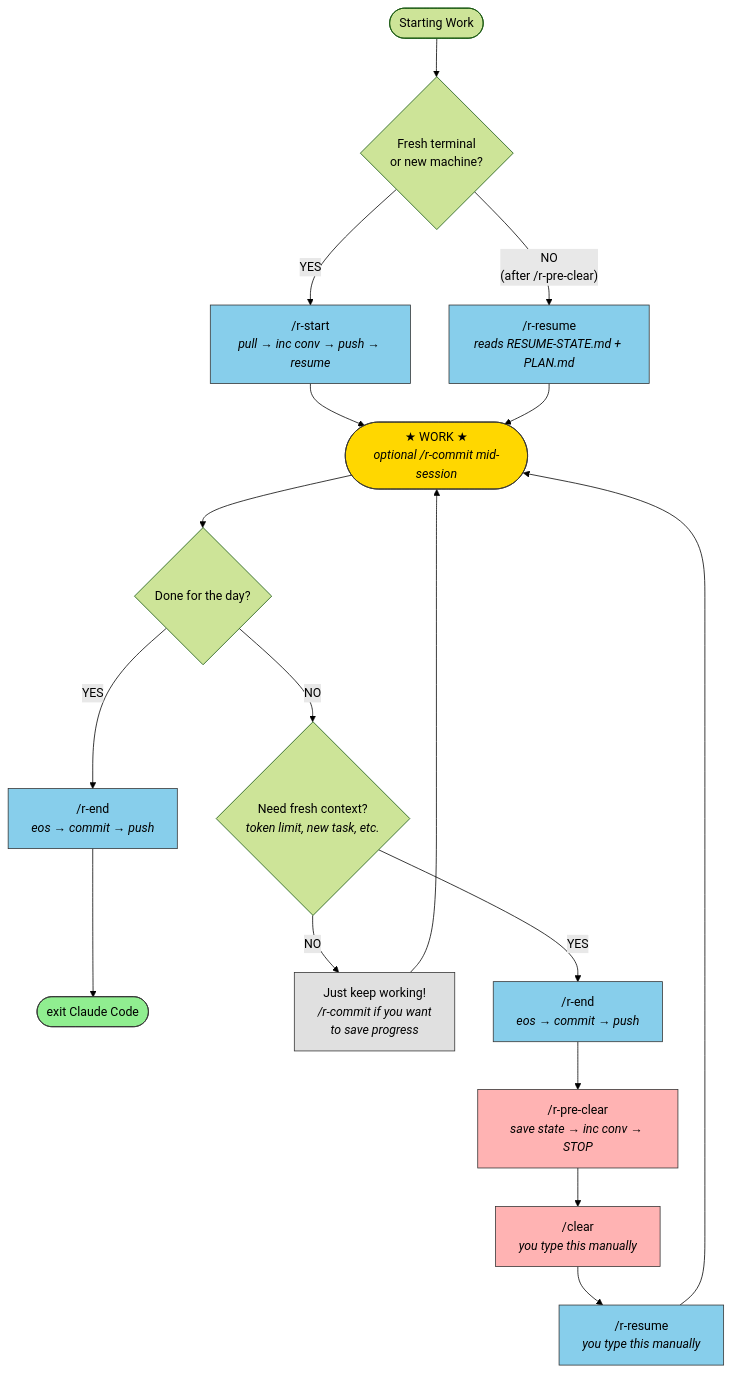
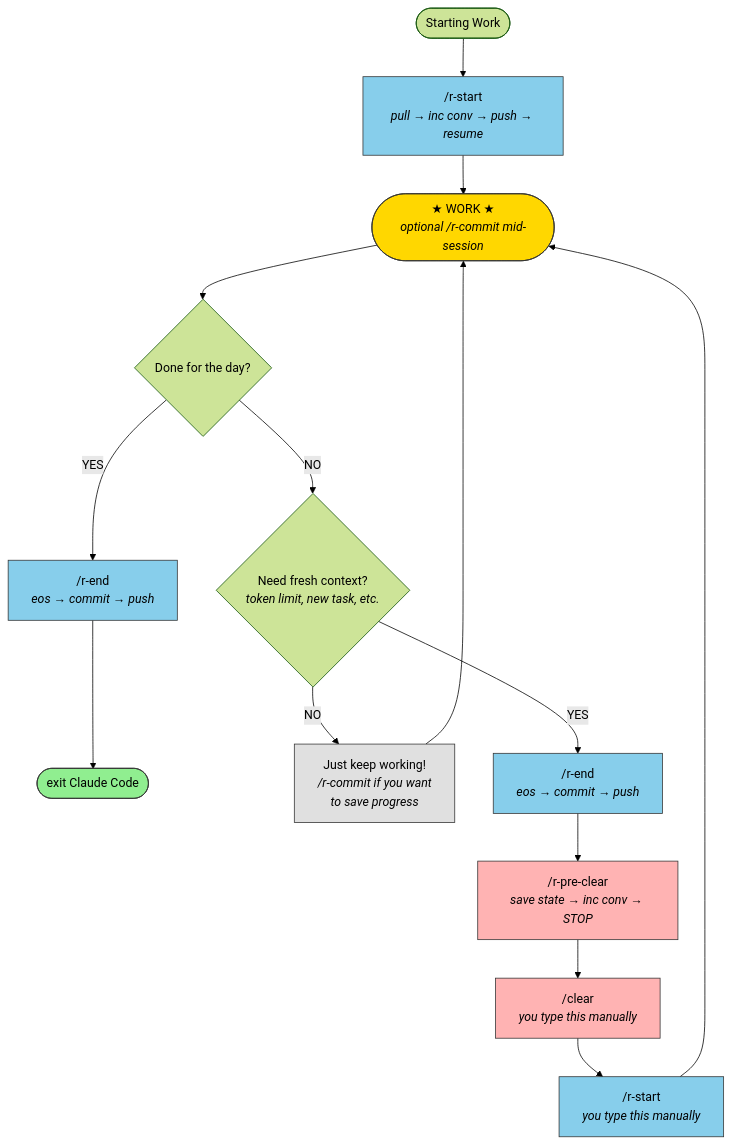
Before and after one commit to UmbraLimi/research: the diagram in prod-helpers/CONV-FLOWCHART.md, drawn with Mermaid (forest theme). The commit also changed other lines of this file and 13 other files, not shown here.

First line of the commit message:
Unified entry point, conv state warnings, all-done auto-delete for RESUME-STATE.md

````diff
--- a/prod-helpers/CONV-FLOWCHART.md
+++ b/prod-helpers/CONV-FLOWCHART.md
@@ -5,39 +5,34 @@
 ```mermaid
 flowchart TD
-    START([Starting Work]) --> Q1{Fresh terminal<br/>or new machine?}
-
-    Q1 -->|YES| RSTART["/r-start<br/><i>pull → inc conv → push → resume</i>"]
-    Q1 -->|"NO<br/>(after /r-pre-clear)"| RRESUME["/r-resume<br/><i>reads RESUME-STATE.md + PLAN.md</i>"]
+    START([Starting Work]) --> RSTART["/r-start<br/><i>pull → inc conv → push → resume</i>"]
 
     RSTART --> WORK
-    RRESUME --> WORK
 
     WORK(["★ WORK ★<br/><i>optional /r-commit mid-session</i>"])
 
     WORK --> Q2{Done for the day?}
 
     Q2 -->|YES| REND_QUIT["/r-end<br/><i>eos → commit → push</i>"]
     REND_QUIT --> EXIT([exit Claude Code])
 
     Q2 -->|NO| Q3{Need fresh context?<br/><i>token limit, new task, etc.</i>}
 
     Q3 -->|NO| KEEP["Just keep working!<br/><i>/r-commit if you want<br/>to save progress</i>"]
     KEEP --> WORK
 
     Q3 -->|YES| REND_CONT["/r-end<br/><i>eos → commit → push</i>"]
     REND_CONT --> RPRECLEAR["/r-pre-clear<br/><i>save state → inc conv → STOP</i>"]
     RPRECLEAR --> CLEAR["/clear<br/><i>you type this manually</i>"]
-    CLEAR --> RRESUME2["/r-resume<br/><i>you type this manually</i>"]
-    RRESUME2 --> WORK
+    CLEAR --> RSTART2["/r-start<br/><i>you type this manually</i>"]
+    RSTART2 --> WORK
 
     style WORK fill:#ffd700,stroke:#333,color:#000
     style EXIT fill:#90ee90,stroke:#333,color:#000
     style KEEP fill:#e0e0e0,stroke:#333,color:#000
     style CLEAR fill:#ffb3b3,stroke:#333,color:#000
     style RPRECLEAR fill:#ffb3b3,stroke:#333,color:#000
     style RSTART fill:#87ceeb,stroke:#333,color:#000
+    style RSTART2 fill:#87ceeb,stroke:#333,color:#000
     style REND_QUIT fill:#87ceeb,stroke:#333,color:#000
     style REND_CONT fill:#87ceeb,stroke:#333,color:#000
-    style RRESUME fill:#87ceeb,stroke:#333,color:#000
-    style RRESUME2 fill:#87ceeb,stroke:#333,color:#000
 ```
````
